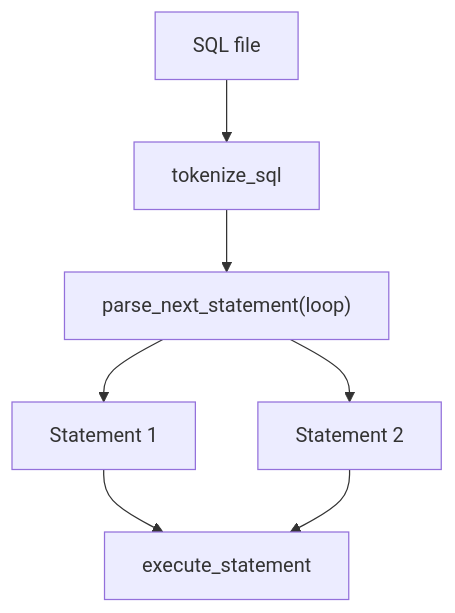
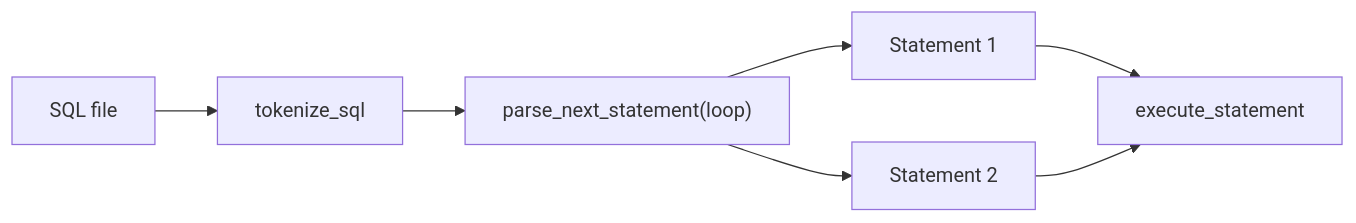
One commit to whiskend/sql-parser-engine changed the fifth of 9 diagrams in README.md. Above: the diagram before and after it, drawn with Mermaid. The commit also changed other lines of this file, not shown here.

````diff
--- a/README.md
+++ b/README.md
@@ -82,9 +82,9 @@
 ```mermaid
-flowchart TD
+flowchart LR
     A["SQL file"] --> B["tokenize_sql"]
     B --> C["parse_next_statement(loop)"]
     C --> D["Statement 1"]
     C --> E["Statement 2"]
     D --> F["execute_statement"]
     E --> F
 ```
````
